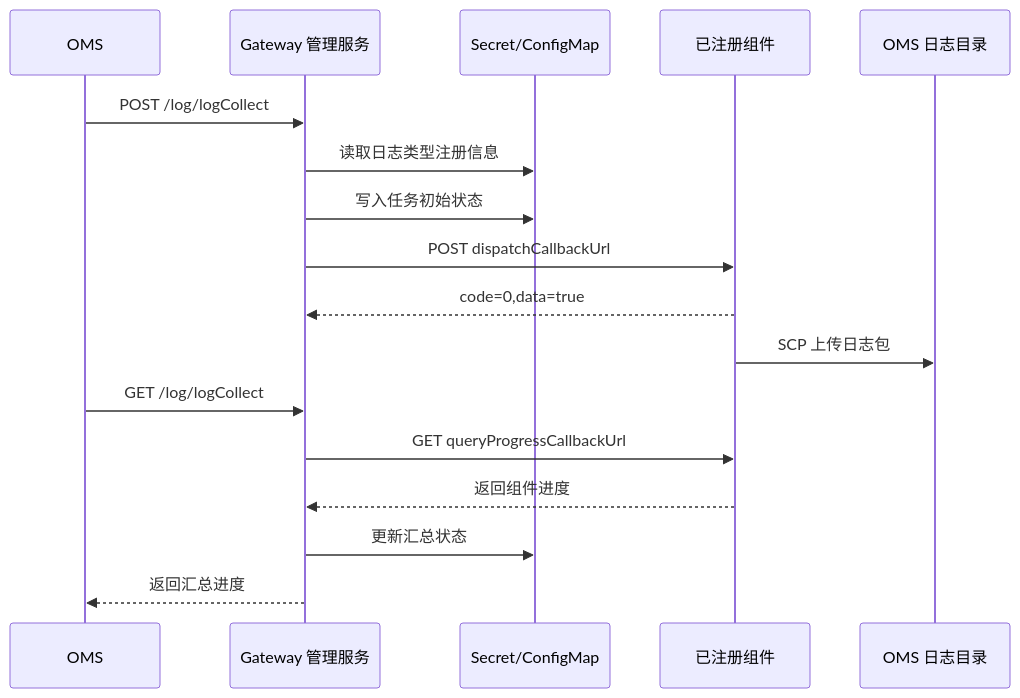
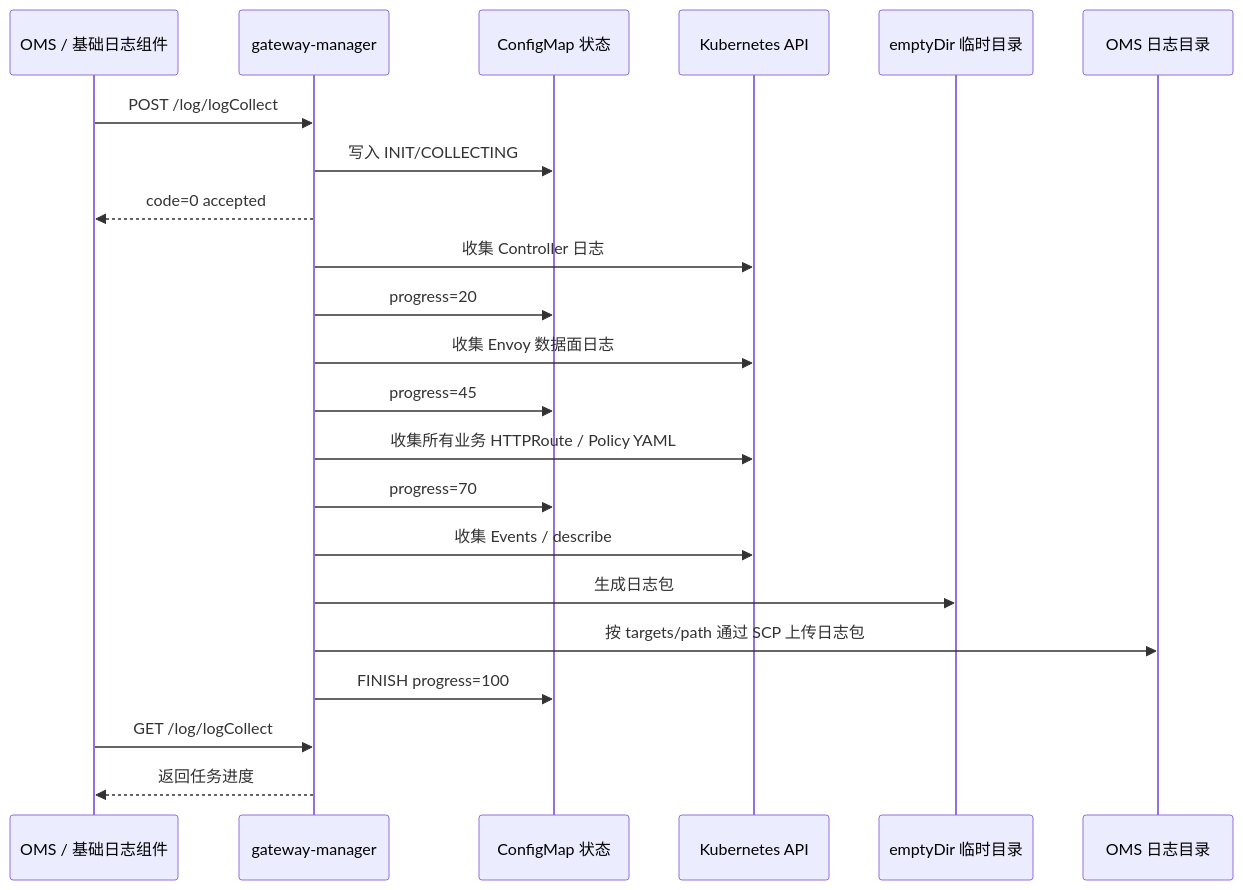
The second of 2 diagrams in package-gateway/OMS_LOG_COLLECT_API_README.md (xiewanchao/aidp-iam), drawn with Mermaid before and after one commit. The commit also changed other lines of this file and 27 other files, not shown here.

Commit message:
feat: add gateway manager log collection

````diff
--- a/package-gateway/OMS_LOG_COLLECT_API_README.md
+++ b/package-gateway/OMS_LOG_COLLECT_API_README.md
@@ -389,20 +596,25 @@
 ```mermaid
 sequenceDiagram
-    participant OMS
-    participant GM as Gateway 管理服务
-    participant Store as Secret/ConfigMap
-    participant Comp as 已注册组件
+    participant OMS as OMS / 基础日志组件
+    participant GM as gateway-manager
+    participant CM as ConfigMap 状态
+    participant K8S as Kubernetes API
+    participant TMP as emptyDir 临时目录
     participant Repo as OMS 日志目录
 
     OMS->>GM: POST /log/logCollect
-    GM->>Store: 读取日志类型注册信息
-    GM->>Store: 写入任务初始状态
-    GM->>Comp: POST dispatchCallbackUrl
-    Comp-->>GM: code=0,data=true
-    Comp->>Repo: SCP 上传日志包
+    GM->>CM: 写入 INIT/COLLECTING
+    GM-->>OMS: code=0 accepted
+    GM->>K8S: 收集 Controller 日志
+    GM->>CM: progress=20
+    GM->>K8S: 收集 Envoy 数据面日志
+    GM->>CM: progress=45
+    GM->>K8S: 收集所有业务 HTTPRoute / Policy YAML
+    GM->>CM: progress=70
+    GM->>K8S: 收集 Events / describe
+    GM->>TMP: 生成日志包
+    GM->>Repo: 按 targets/path 通过 SCP 上传日志包
+    GM->>CM: FINISH progress=100
     OMS->>GM: GET /log/logCollect
-    GM->>Comp: GET queryProgressCallbackUrl
-    Comp-->>GM: 返回组件进度
-    GM->>Store: 更新汇总状态
-    GM-->>OMS: 返回汇总进度
+    GM-->>OMS: 返回任务进度
 ```
````
